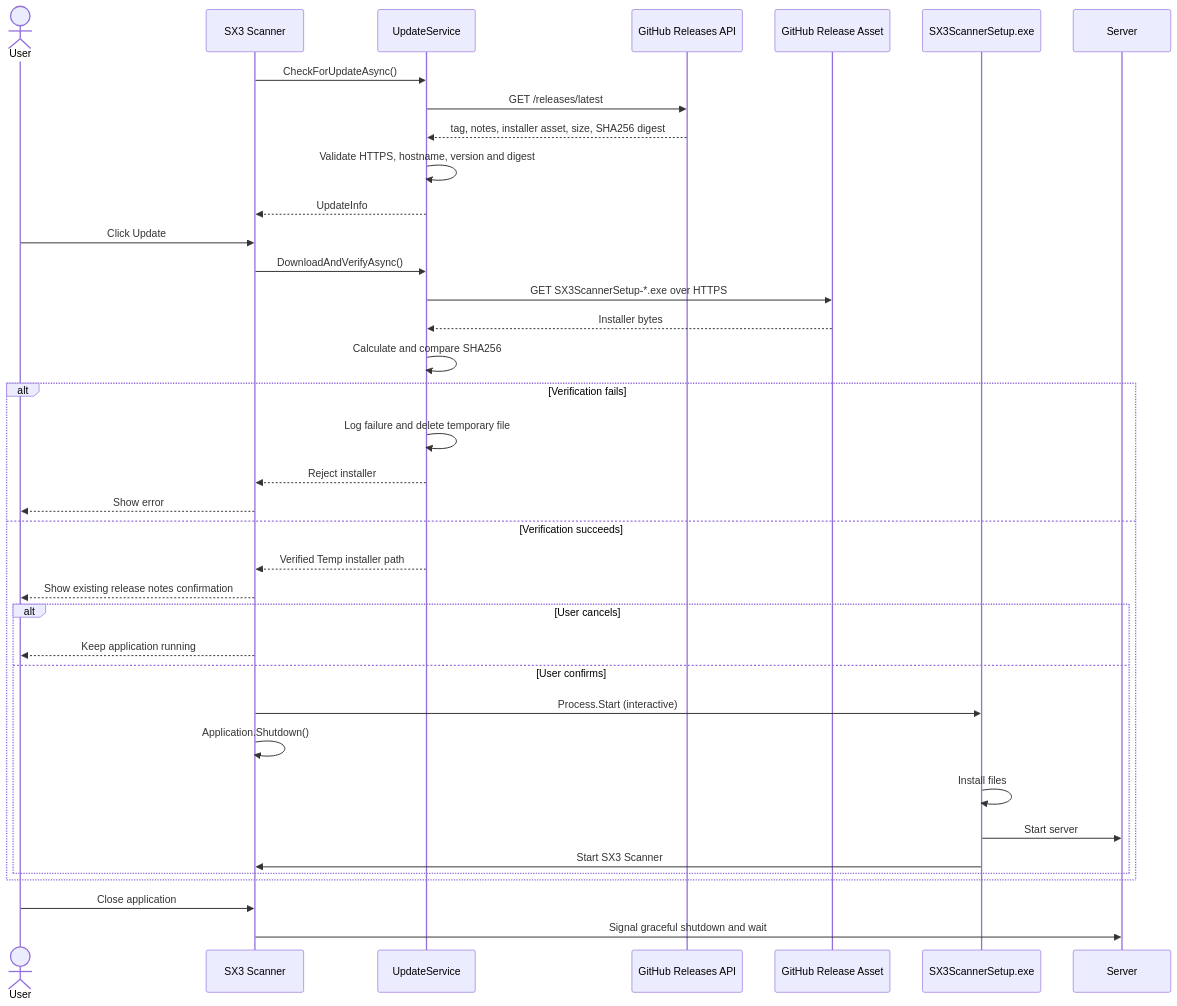
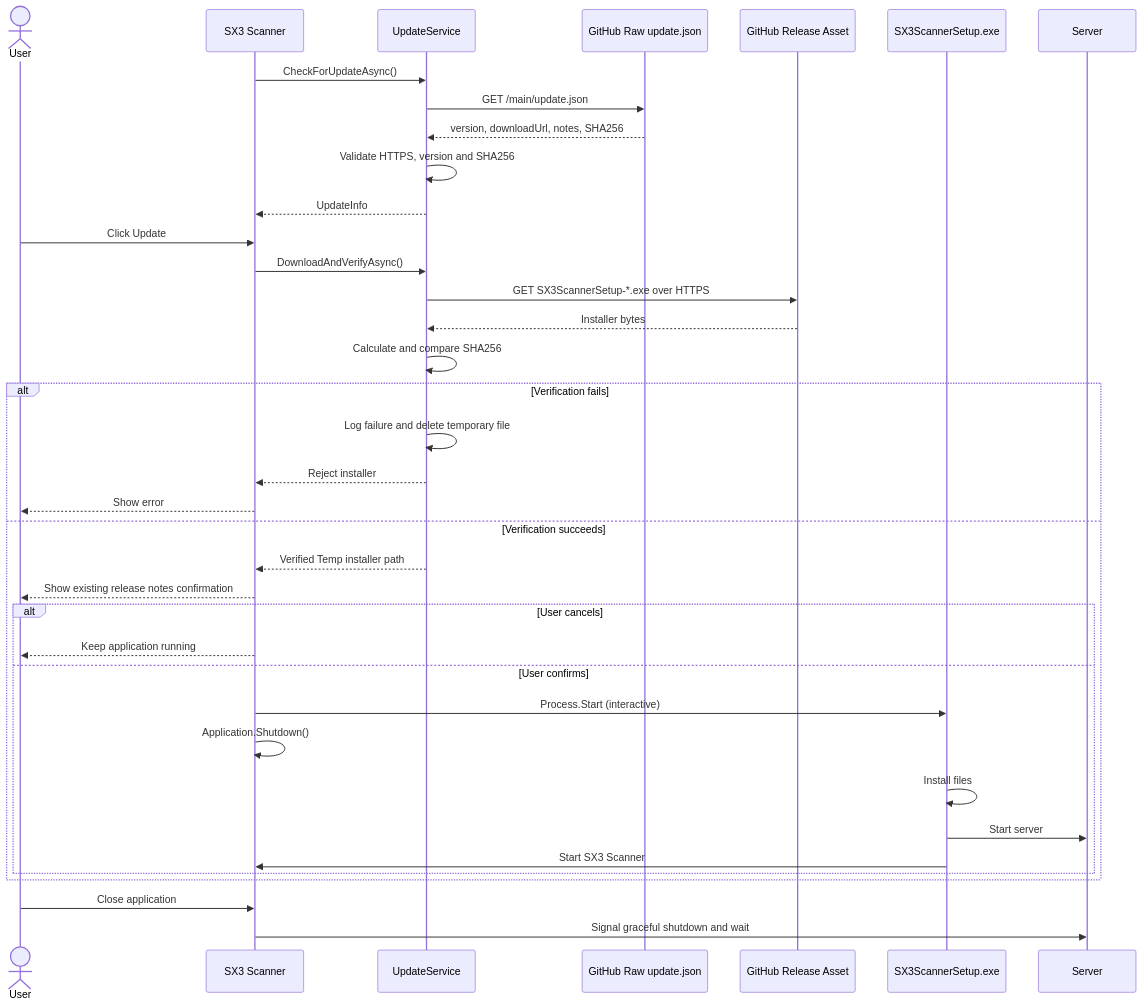
The diagram in docs/auto-update-sequence.md (hieuvipro94x/SX3-SCANNER-MAIN-NEW-V2), drawn with Mermaid before and after one commit. The commit also changed other lines of this file and 5 other files, not shown here.

````diff
--- a/docs/auto-update-sequence.md
+++ b/docs/auto-update-sequence.md
@@ -3,41 +3,41 @@
 ```mermaid
 sequenceDiagram
     actor User
     participant App as SX3 Scanner
     participant Update as UpdateService
-    participant GitHub as GitHub Releases API
+    participant GitHub as GitHub Raw update.json
     participant Asset as GitHub Release Asset
     participant Setup as SX3ScannerSetup.exe
     App->>Update: CheckForUpdateAsync()
-    Update->>GitHub: GET /releases/latest
-    GitHub-->>Update: tag, notes, installer asset, size, SHA256 digest
-    Update->>Update: Validate HTTPS, hostname, version and digest
+    Update->>GitHub: GET /main/update.json
+    GitHub-->>Update: version, downloadUrl, notes, SHA256
+    Update->>Update: Validate HTTPS, version and SHA256
     Update-->>App: UpdateInfo
 
     User->>App: Click Update
     App->>Update: DownloadAndVerifyAsync()
     Update->>Asset: GET SX3ScannerSetup-*.exe over HTTPS
     Asset-->>Update: Installer bytes
     Update->>Update: Calculate and compare SHA256
 
     alt Verification fails
         Update->>Update: Log failure and delete temporary file
         Update-->>App: Reject installer
         App-->>User: Show error
     else Verification succeeds
         Update-->>App: Verified Temp installer path
         App-->>User: Show existing release notes confirmation
         alt User cancels
             App-->>User: Keep application running
         else User confirms
             App->>Setup: Process.Start (interactive)
             App->>App: Application.Shutdown()
             Setup->>Setup: Install files
             Setup->>Server: Start server
             Setup->>App: Start SX3 Scanner
         end
     end
 
     User->>App: Close application
     App->>Server: Signal graceful shutdown and wait
 ```
````
